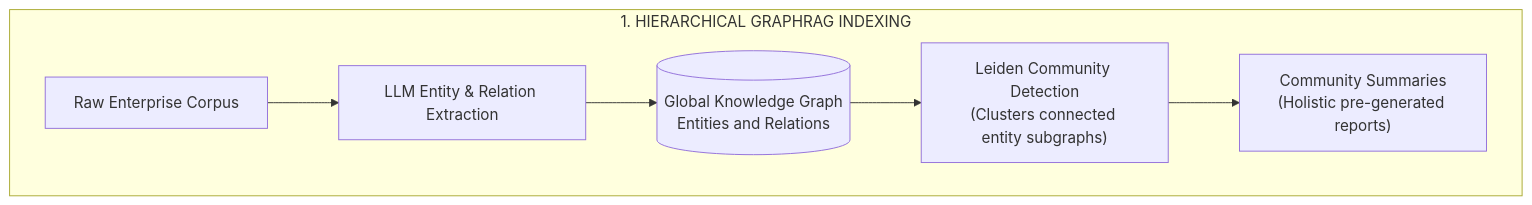
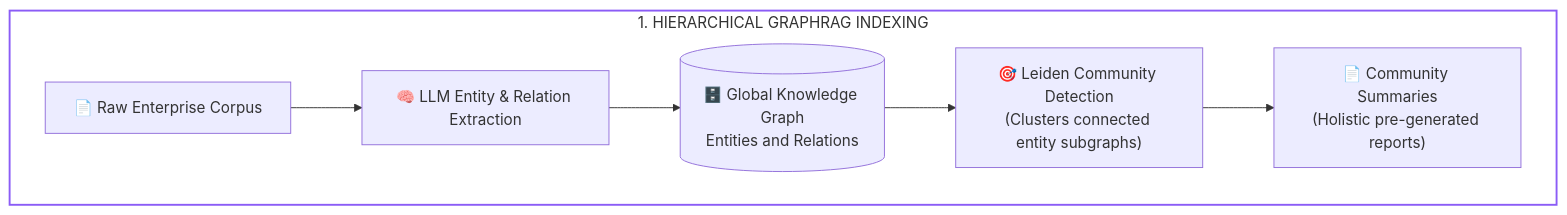
Before and after one commit to dip4k/senior-engineer-to-ai-engineer-roadmap: the second of 4 diagrams in 02-rag-and-knowledge-systems/06-graphrag-and-entity-traversal.md, drawn with Mermaid. The commit also changed other lines of this file and 39 other files, not shown here.

First line of the commit message:
feat(curriculum): upgrade mermaid diagrams with unicode icons & codify anti-bloat layout rules

````diff
--- a/02-rag-and-knowledge-systems/06-graphrag-and-entity-traversal.md
+++ b/02-rag-and-knowledge-systems/06-graphrag-and-entity-traversal.md
@@ -79,9 +82,10 @@
 ```mermaid
 flowchart TD
     subgraph Ingestion["1. HIERARCHICAL GRAPHRAG INDEXING"]
-        Docs["Raw Enterprise Corpus"] --> Extract["LLM Entity & Relation Extraction"]
-        Extract --> Graph[("Global Knowledge Graph<br>Entities and Relations")]
-        Graph --> Leiden["Leiden Community Detection<br>(Clusters connected entity subgraphs)"]
-        Leiden --> Summarize["Community Summaries<br>(Holistic pre-generated reports)"]
+        Docs["📄 Raw Enterprise Corpus"] --> Extract["🧠 LLM Entity & Relation Extraction"]
+        Extract --> Graph[("🗄️ Global Knowledge Graph<br>Entities and Relations")]
+        Graph --> Leiden["🎯 Leiden Community Detection<br>(Clusters connected entity subgraphs)"]
+        Leiden --> Summarize["📄 Community Summaries<br>(Holistic pre-generated reports)"]
     end
+    style Ingestion fill:none,stroke:#8b5cf6,stroke-width:2px;
 ```
````
